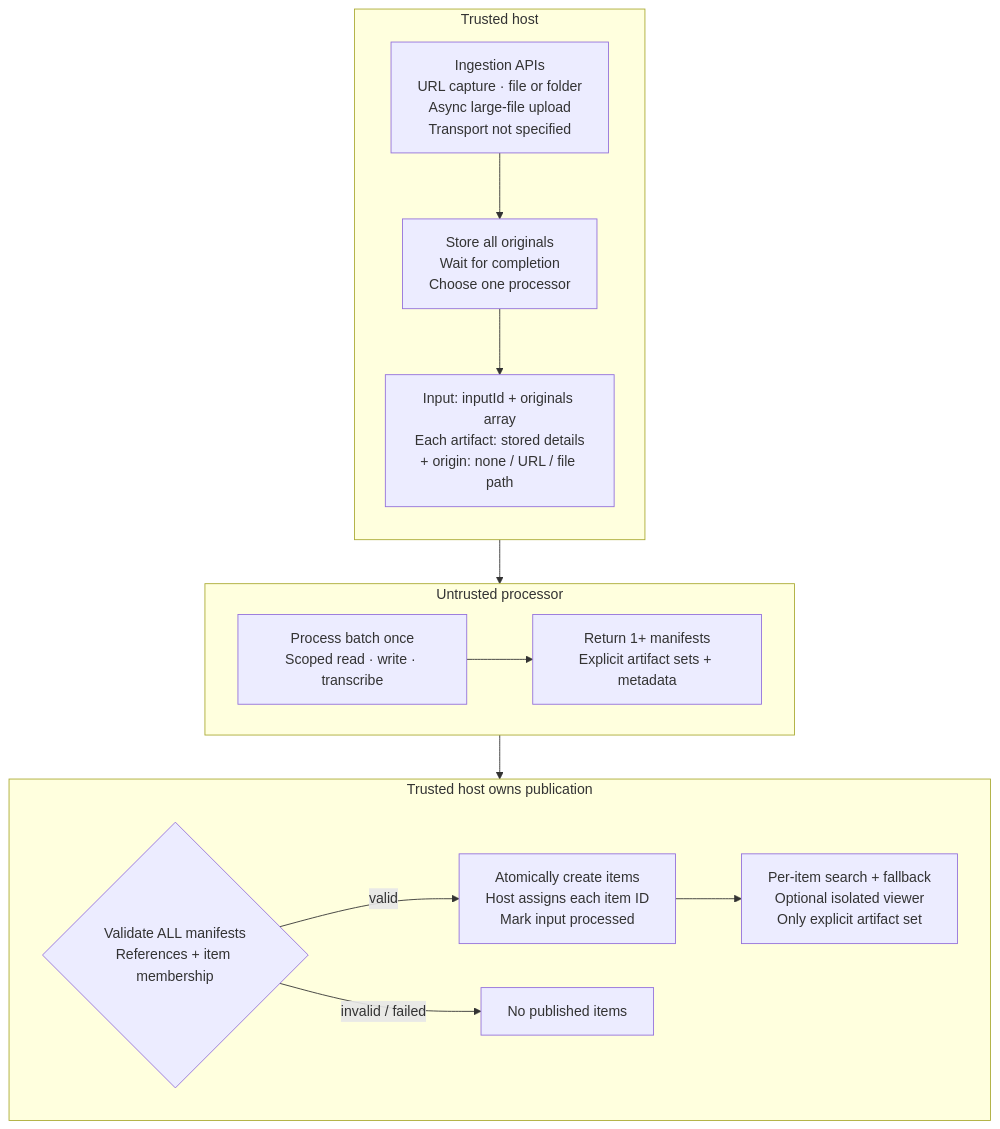
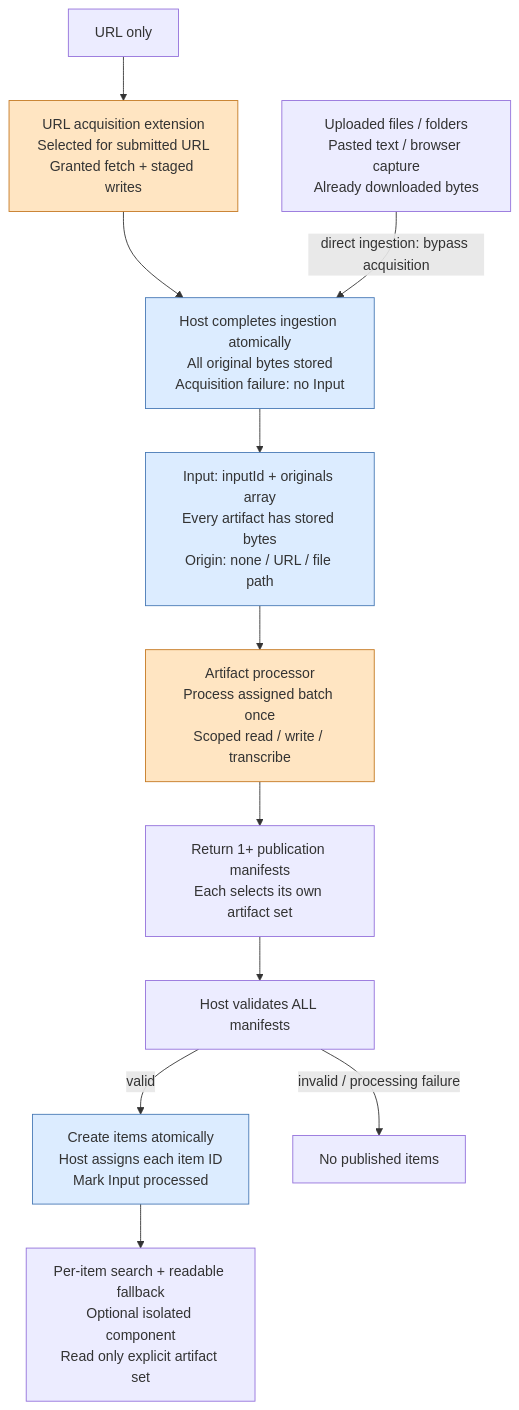
The diagram in docs/diagrams/core-flow.mmd (jmorrell/ubiquitous-carnival), drawn with Mermaid before and after one commit. The commit also changed 24 other files, not shown here.

Commit message:
Separate URL acquisition from artifact processing

```diff
--- a/docs/diagrams/core-flow.mmd
+++ b/docs/diagrams/core-flow.mmd
@@ -1,18 +1,16 @@
 flowchart TB
-  subgraph HOST[Trusted host]
-    direction TB
-    A[Ingestion APIs<br/>URL capture · file or folder<br/>Async large-file upload<br/>Transport not specified] --> B[Store all originals<br/>Wait for completion<br/>Choose one processor]
-    B --> I[Input: inputId + originals array<br/>Each artifact: stored details<br/>+ origin: none / URL / file path]
-  end
-  subgraph PLUGIN[Untrusted processor]
-    direction LR
-    C[Process batch once<br/>Scoped read · write · transcribe] --> D[Return 1+ manifests<br/>Explicit artifact sets + metadata]
-  end
-  I --> C
-  subgraph SAVE[Trusted host owns publication]
-    direction LR
-    E{Validate ALL manifests<br/>References + item membership} -->|valid| F[Atomically create items<br/>Host assigns each item ID<br/>Mark input processed]
-    E -->|invalid / failed| X[No published items]
-    F --> G[Per-item search + fallback<br/>Optional isolated viewer<br/>Only explicit artifact set]
-  end
-  D --> E
+  U[URL only] --> A[URL acquisition extension<br/>Selected for submitted URL<br/>Granted fetch + staged writes]
+  A --> H[Host completes ingestion atomically<br/>All original bytes stored<br/>Acquisition failure: no Input]
+  B[Uploaded files / folders<br/>Pasted text / browser capture<br/>Already downloaded bytes] -->|direct ingestion: bypass acquisition| H
+  H --> I[Input: inputId + originals array<br/>Every artifact has stored bytes<br/>Origin: none / URL / file path]
+  I --> P[Artifact processor<br/>Process assigned batch once<br/>Scoped read / write / transcribe]
+  P --> M[Return 1+ publication manifests<br/>Each selects its own artifact set]
+  M --> V[Host validates ALL manifests]
+  V -->|valid| S[Create items atomically<br/>Host assigns each item ID<br/>Mark Input processed]
+  V -->|invalid / processing failure| X[No published items]
+  S --> R[Per-item search + readable fallback<br/>Optional isolated component<br/>Read only explicit artifact set]
+  style A fill:#ffe5c2,stroke:#c47820
+  style P fill:#ffe5c2,stroke:#c47820
+  style H fill:#dcecff,stroke:#4678b5
+  style I fill:#dcecff,stroke:#4678b5
+  style S fill:#dcecff,stroke:#4678b5
```
